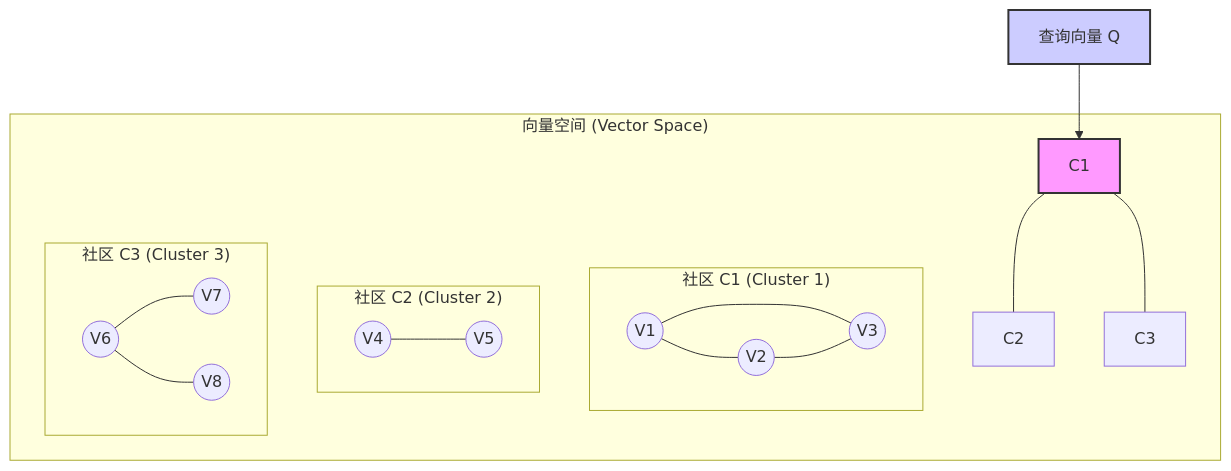
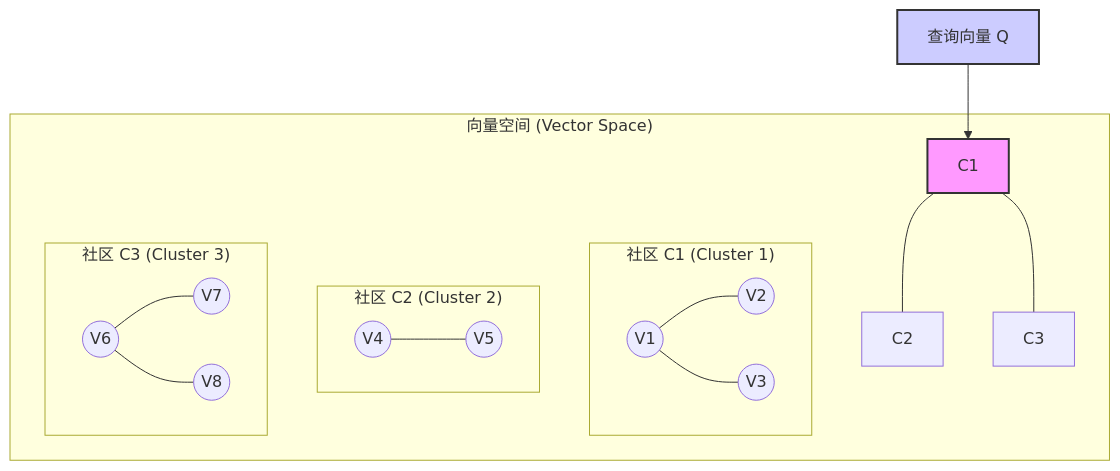
One commit to h-lu/ai-first-ml changed the diagram in ml-book/11-vector-database/02-how-ann.qmd. Above: the diagram before and after it, drawn with Mermaid. The commit also changed 153 other files, not shown here.

````diff
--- a/ml-book/11-vector-database/02-how-ann.qmd
+++ b/ml-book/11-vector-database/02-how-ann.qmd
@@ -24,28 +24,23 @@
 ```mermaid
 graph TD
     subgraph "向量空间 (Vector Space)"
         subgraph "社区 C1 (Cluster 1)"
-            direction LR
-            P1((V1)) --- P2((V2))
-            P1 --- P3((V3))
-            P2 --- P3
+            P1((V1)) --- P2((V2)) & P3((V3))
         end
         subgraph "社区 C2 (Cluster 2)"
-            direction LR
             P4((V4)) --- P5((V5))
         end
         subgraph "社区 C3 (Cluster 3)"
-            direction LR
-            P6((V6)) --- P7((V7))
-            P6 --- P8((V8))
+            P6((V6)) --- P7((V7)) & P8((V8))
         end
-        C1 --- C2
-        C1 --- C3
+        C1 --- C2 & C3
     end
     
-    Q[查询向量 Q] --> C1
+    Q["查询向量 Q"] --> C1
     
-    style C1 fill:#f9f, stroke:#333, stroke-width:2px
-    style Q fill:#ccf, stroke:#333, stroke-width:2px
+    classDef cluster1 fill:#f9f, stroke:#333, stroke-width:2px
+    classDef query fill:#ccf, stroke:#333, stroke-width:2px
 
+    class C1 cluster1
+    class Q query
 ```
````
